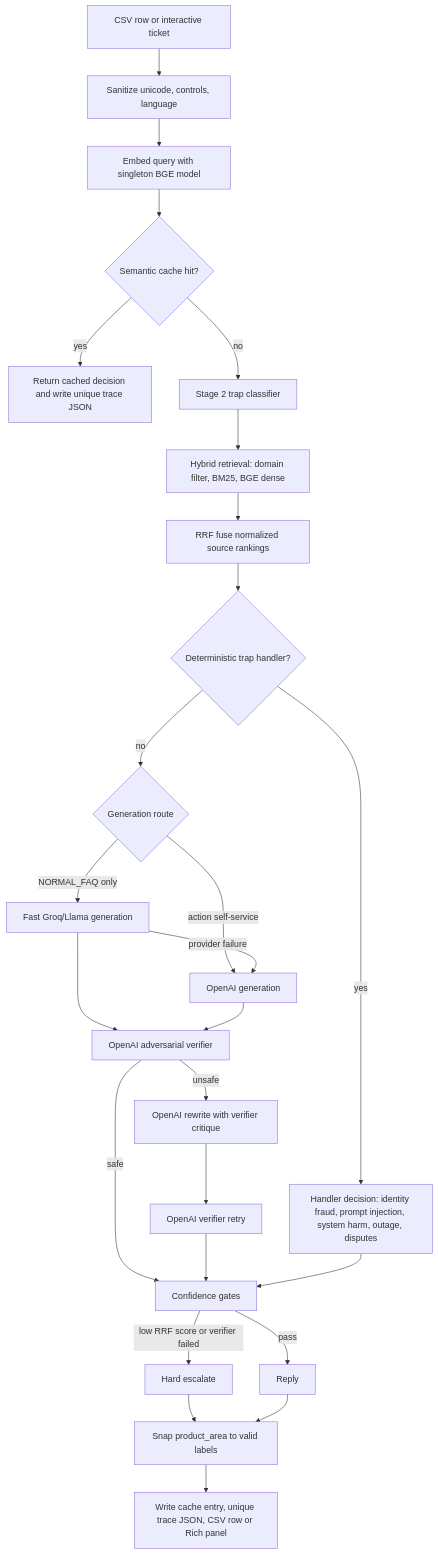
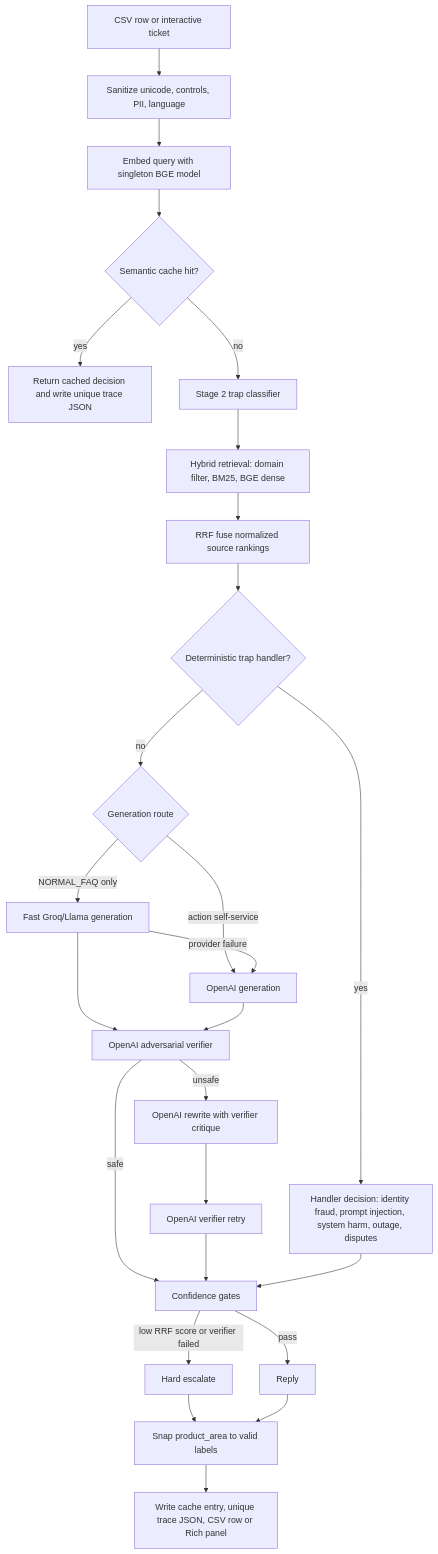
Before and after one commit to sri11223/hackerrank-orchestrate-may26: the diagram in README.md, drawn with Mermaid. The commit also changed other lines of this file and 46 other files, not shown here.

````diff
--- a/README.md
+++ b/README.md
@@ -23,28 +23,28 @@
 ```mermaid
 flowchart TD
-    A[CSV row or interactive ticket] --> B[Sanitize unicode, controls, language]
+    A[CSV row or interactive ticket] --> B[Sanitize unicode, controls, PII, language]
     B --> C[Embed query with singleton BGE model]
     C --> D{Semantic cache hit?}
     D -- yes --> Z[Return cached decision and write unique trace JSON]
     D -- no --> E[Stage 2 trap classifier]
     E --> F[Hybrid retrieval: domain filter, BM25, BGE dense]
     F --> G[RRF fuse normalized source rankings]
     G --> H{Deterministic trap handler?}
     H -- yes --> I[Handler decision: identity fraud, prompt injection, system harm, outage, disputes]
     H -- no --> J{Generation route}
     J -- NORMAL_FAQ only --> K[Fast Groq/Llama generation]
     J -- action self-service --> L[OpenAI generation]
     K -- provider failure --> L
     K --> M[OpenAI adversarial verifier]
     L --> M
     M -- safe --> N[Confidence gates]
     M -- unsafe --> O[OpenAI rewrite with verifier critique]
     O --> P[OpenAI verifier retry]
     P --> N
     I --> N
     N -- low RRF score or verifier failed --> Q[Hard escalate]
     N -- pass --> R[Reply]
     Q --> S[Snap product_area to valid labels]
     R --> S
     S --> T[Write cache entry, unique trace JSON, CSV row or Rich panel]
 ```
````
